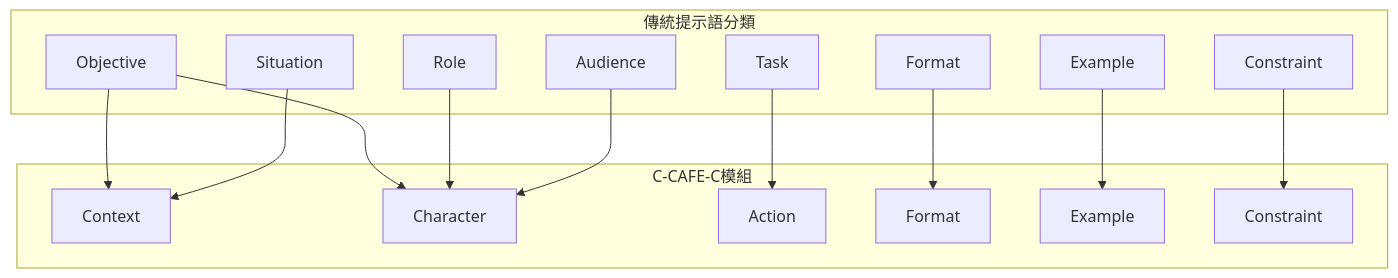
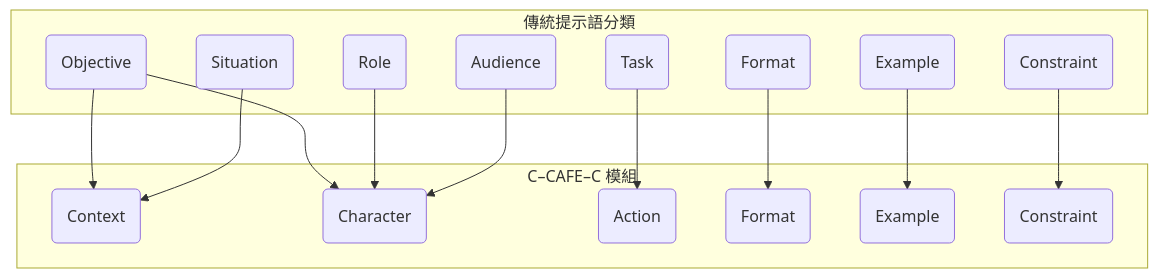
One commit to HungHuaTien/learning-with-ai-coach changed the second of 2 diagrams in project/co-prompt/prompt-knowledge.md. Above: the diagram before and after it, drawn with Mermaid. The commit also changed other lines of this file, not shown here.

Commit message:
添加附錄 Appendix：C–CAFE–C 與傳統元素分類對位圖

````diff
--- a/project/co-prompt/prompt-knowledge.md
+++ b/project/co-prompt/prompt-knowledge.md
@@ -107,32 +107,32 @@
 ```mermaid
 graph TD
   subgraph 傳統提示語分類
-    T[Task]
-    O[Objective]
-    R[Role]
-    A[Audience]
-    S[Situation]
-    F[Format]
-    E[Example]
-    C[Constraint]
+    T(Task)
+    O(Objective)
+    R(Role)
+    A(Audience)
+    S(Situation)
+    F(Format)
+    E(Example)
+    C(Constraint)
   end
 
-  subgraph "C-CAFE-C模組"
-    CT[Context]
-    CH[Character]
-    AC[Action]
-    FM[Format]
-    EX[Example]
-    CN[Constraint]
+  subgraph "C–CAFE–C 模組"
+    CT(Context)
+    CH(Character)
+    AC(Action)
+    FM(Format)
+    EX(Example)
+    CN(Constraint)
   end
 
   T --> AC
   O --> CT
   O --> CH
   R --> CH
   A --> CH
   S --> CT
   F --> FM
   E --> EX
   C --> CN
 ```
````
